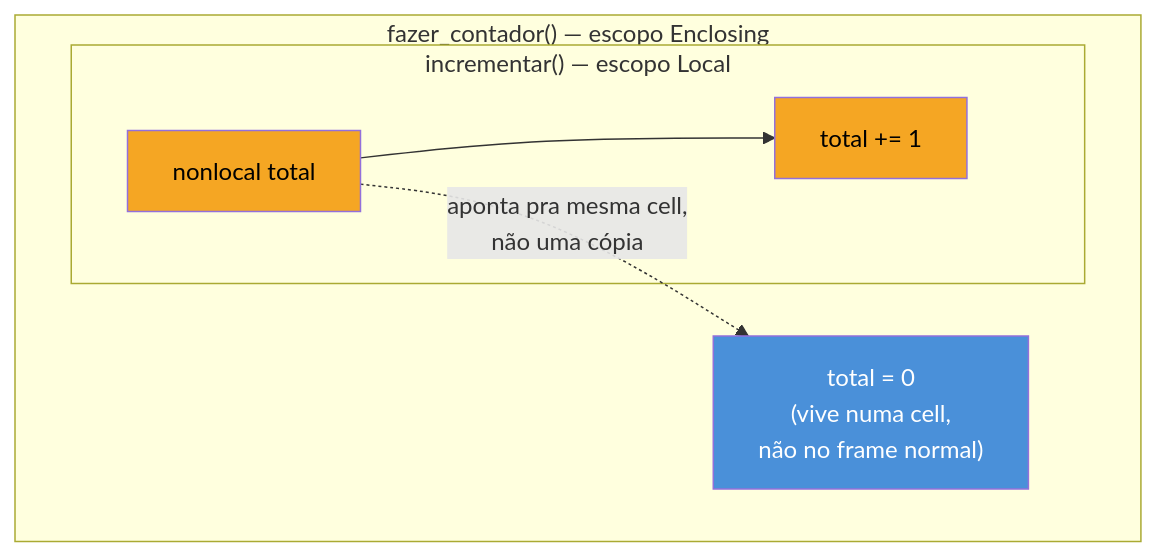
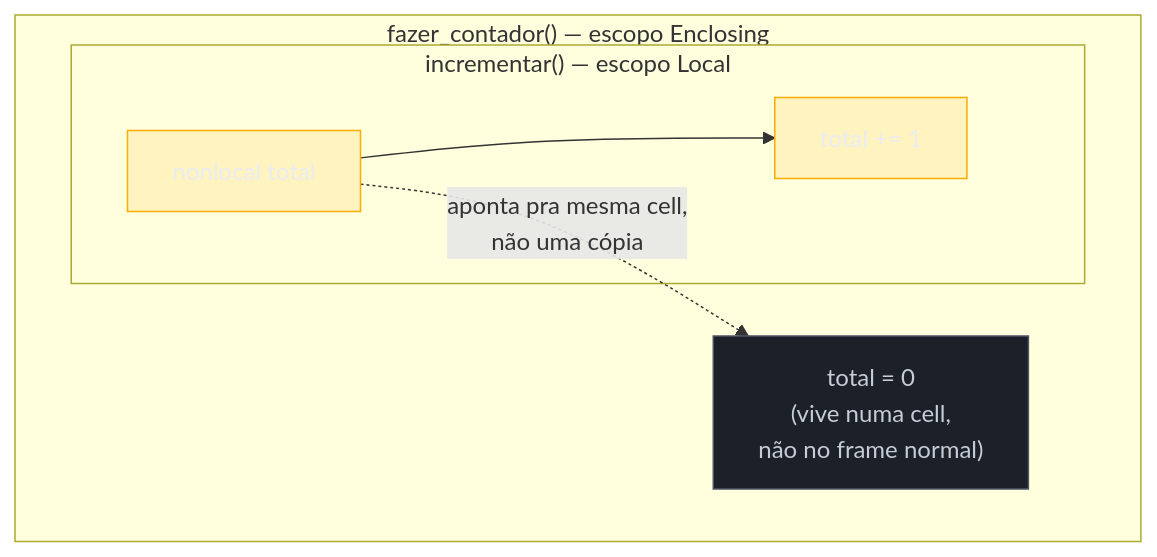
Before and after one commit to josenaldo/codex-technomanticus: the first of 2 diagrams in 03-Dominios/Tecnologia/Python/Funcional e idiomas avançados/04 - Closures de verdade.md, drawn with Mermaid. The commit also changed 1181 other files, not shown here.

First line of the commit message:
fix(diagramas): paleta do sistema no lugar de cor cravada no markdown

````diff
--- a/03-Dominios/Tecnologia/Python/Funcional e idiomas avançados/04 - Closures de verdade.md
+++ b/03-Dominios/Tecnologia/Python/Funcional e idiomas avançados/04 - Closures de verdade.md
@@ -126,14 +126,16 @@
 ```mermaid
 flowchart TB
+    classDef neutro fill:#1B2029,stroke:#4E5666,color:#C6CCD8
+    classDef destaque fill:#FFAA0024,stroke:#FFAA00,color:#E9ECF2
     subgraph Externa["fazer_contador() — escopo Enclosing"]
         T["total = 0<br/>(vive numa cell,<br/>não no frame normal)"]
         subgraph Interna["incrementar() — escopo Local"]
             N["nonlocal total"] --> INC["total += 1"]
         end
     end
     N -.->|"aponta pra mesma cell,<br/>não uma cópia"| T
 
-    style T fill:#4A90D9,color:#fff
-    style N fill:#F5A623,color:#000
-    style INC fill:#F5A623,color:#000
+    class T neutro
+    class N destaque
+    class INC destaque
 ```
````
